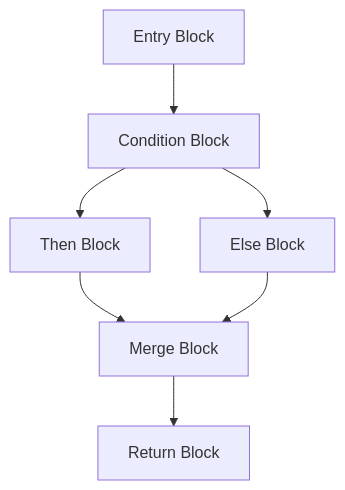
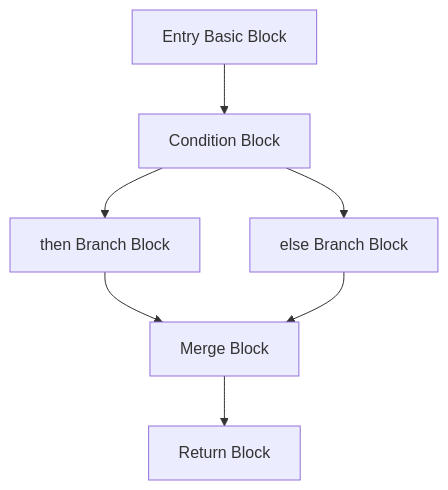
The first of 3 diagrams in docs/explanation/const-mir-and-map-ir.mdx (syllang/docs), drawn with Mermaid before and after one commit. The commit also changed other lines of this file and 11 other files, not shown here.

````diff
--- a/docs/explanation/const-mir-and-map-ir.mdx
+++ b/docs/explanation/const-mir-and-map-ir.mdx
@@ -29,16 +30,16 @@
 ```mermaid
 flowchart TB
-    Entry["Entry Block"]
+    Entry["Entry Basic Block"]
     Cond["Condition Block"]
-    Then["Then Block"]
-    Else["Else Block"]
+    Then["then Branch Block"]
+    Else["else Branch Block"]
     Merge["Merge Block"]
     Ret["Return Block"]
 
     Entry --> Cond
     Cond --> Then
     Cond --> Else
     Then --> Merge
     Else --> Merge
     Merge --> Ret
 ```
````
